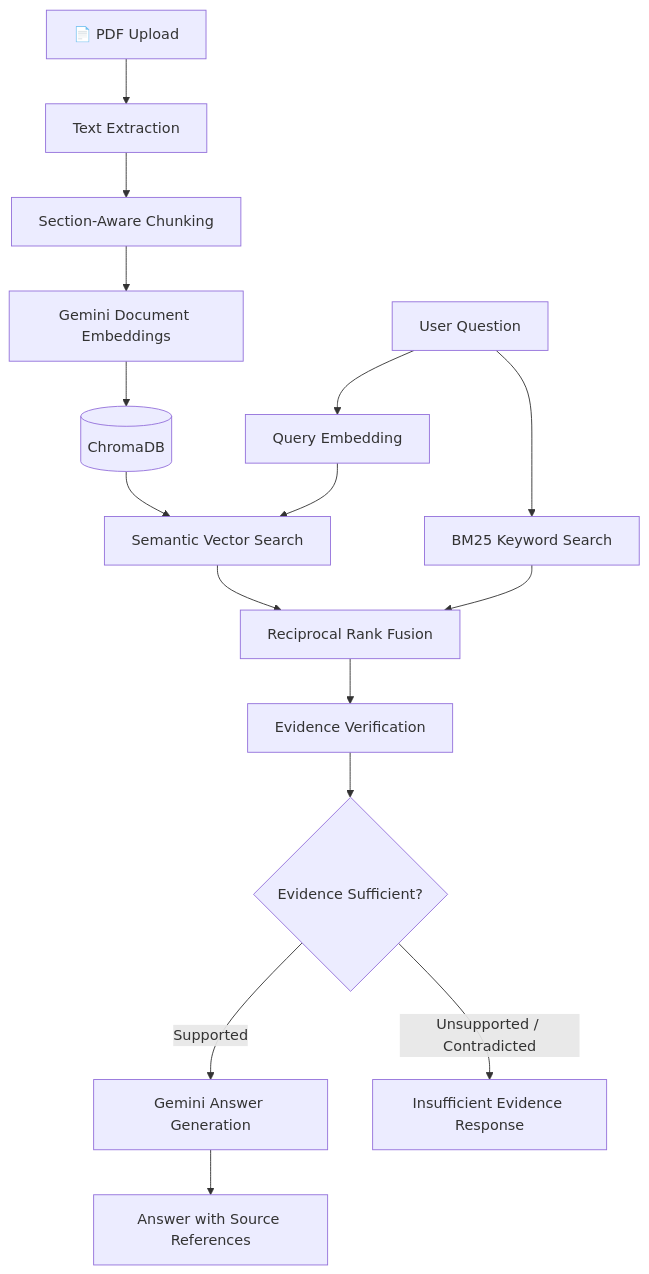
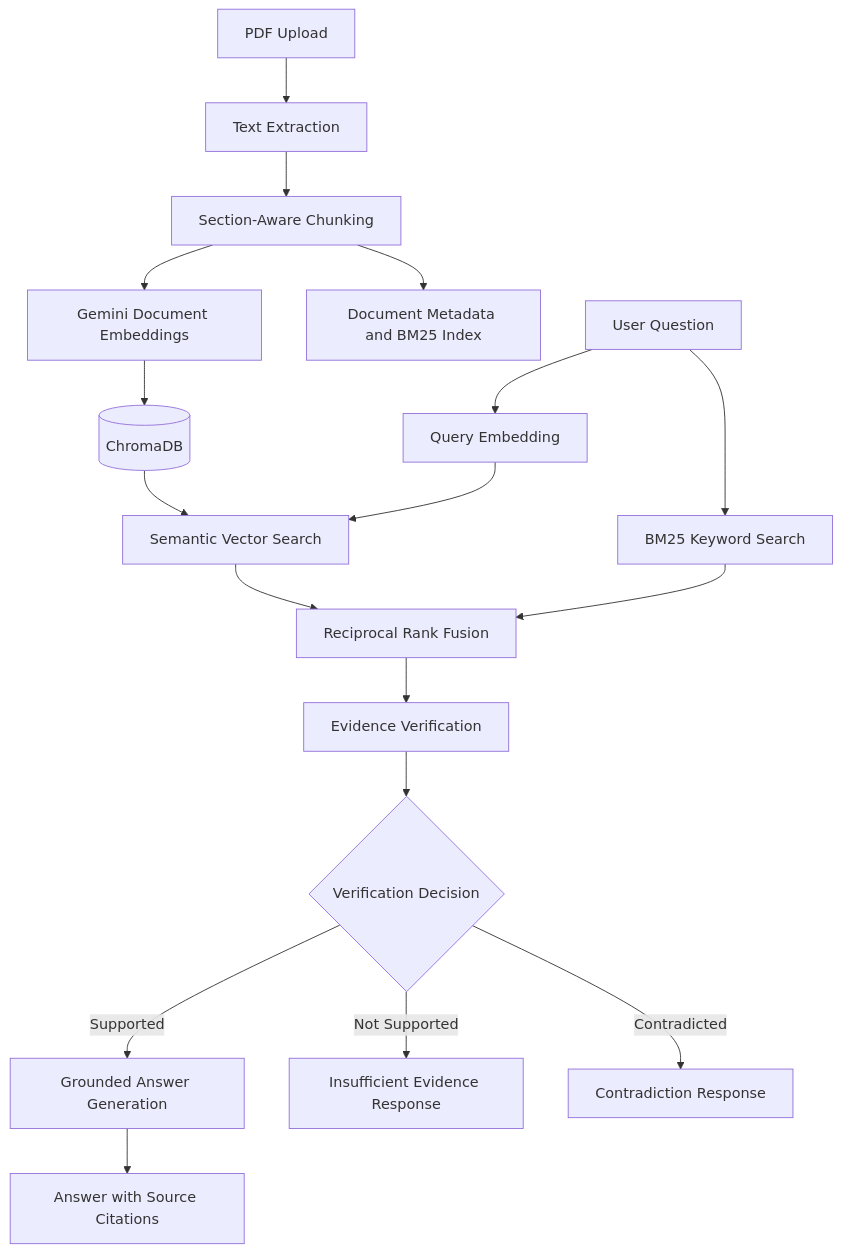
The diagram in README.md (Dhanalakshmi-S645/AI-Document-Assistant), drawn with Mermaid before and after one commit. The commit also changed other lines of this file, not shown here.

````diff
--- a/README.md
+++ b/README.md
@@ -46,24 +65,26 @@
 ```mermaid
 flowchart TD
-    A["📄 PDF Upload"] --> B["Text Extraction"]
+    A["PDF Upload"] --> B["Text Extraction"]
     B --> C["Section-Aware Chunking"]
     C --> D["Gemini Document Embeddings"]
     D --> E[("ChromaDB")]
+    C --> F["Document Metadata and BM25 Index"]
 
     Q["User Question"] --> V["Query Embedding"]
     Q --> K["BM25 Keyword Search"]
 
     E --> S["Semantic Vector Search"]
     V --> S
 
     S --> R["Reciprocal Rank Fusion"]
     K --> R
 
     R --> EV["Evidence Verification"]
-    EV --> DEC{"Evidence Sufficient?"}
+    EV --> DEC{"Verification Decision"}
 
-    DEC -->|Supported| GEN["Gemini Answer Generation"]
-    DEC -->|Unsupported / Contradicted| REF["Insufficient Evidence Response"]
+    DEC -->|Supported| GEN["Grounded Answer Generation"]
+    DEC -->|Not Supported| REF["Insufficient Evidence Response"]
+    DEC -->|Contradicted| CON["Contradiction Response"]
 
-    GEN --> OUT["Answer with Source References"]
+    GEN --> OUT["Answer with Source Citations"]
 ```
````
